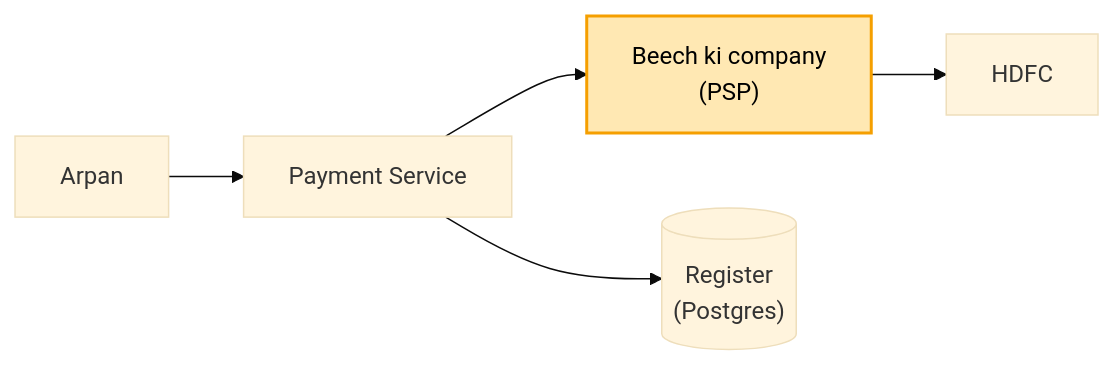
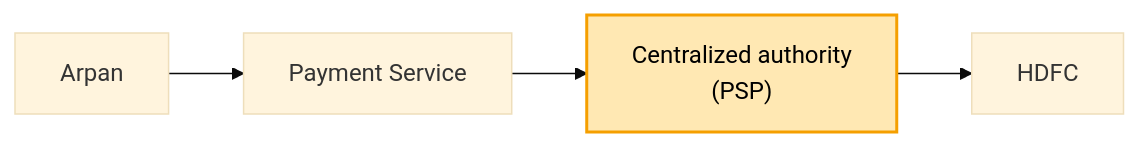
Before and after one commit to ArpanMaheshwari144/Prep: the first of 11 diagrams in 04_HLD/SYSTEM_DESIGNS/06_payment_system/06_payment_system.md, drawn with Mermaid (base theme). The commit also changed other lines of this file and 17 other files, not shown here.

Commit message:
HLD: 17 main files hand notes se milaye (har block alag section, kahani + asli naam, mermaid), technical naam bhi rakhe

````diff
--- a/04_HLD/SYSTEM_DESIGNS/06_payment_system/06_payment_system.md
+++ b/04_HLD/SYSTEM_DESIGNS/06_payment_system/06_payment_system.md
@@ -33,8 +33,7 @@
 ```mermaid
 flowchart LR
     A["Arpan"] --> S["Payment Service"]
-    S --> P["Beech ki company<br/>(PSP)"]
+    S --> P["Centralized authority<br/>(PSP)"]
     P --> H["HDFC"]
-    S --> D[("Register<br/>(Postgres)")]
     style P fill:#ffe8b3,stroke:#f59f00,stroke-width:2px,color:#000
 ```
````
